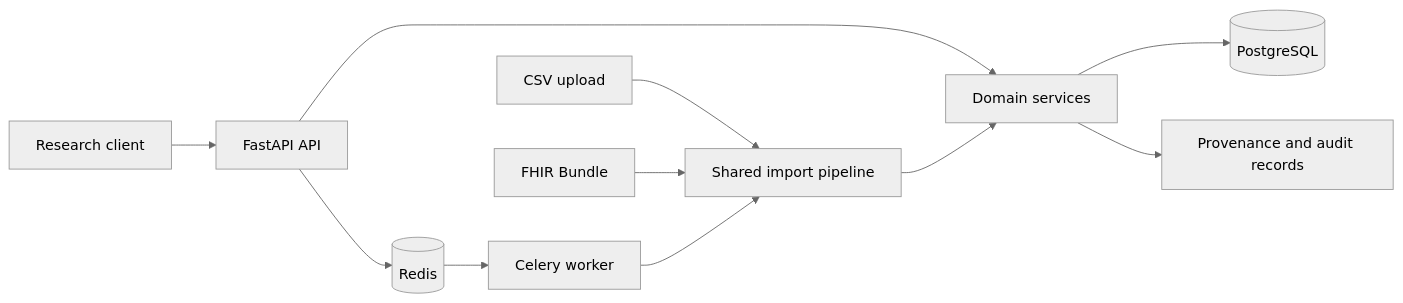
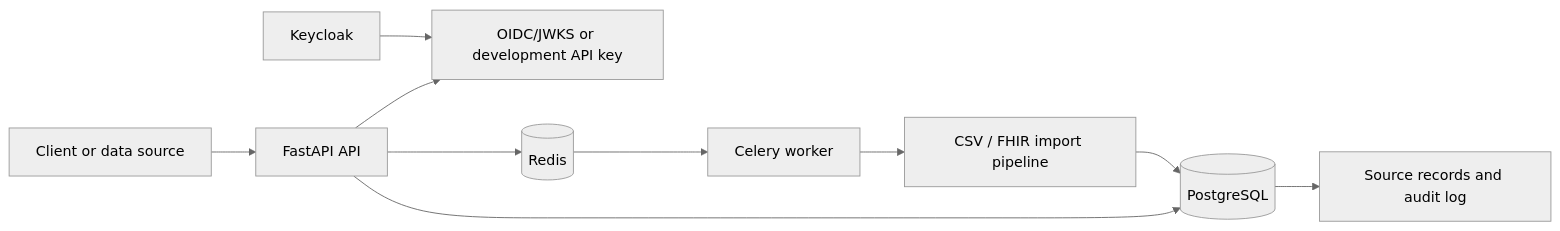
The first of 2 diagrams in README.md (JinyanShao/clinical-data-platform), drawn with Mermaid (neutral theme) before and after one commit. The commit also changed other lines of this file and 38 other files, not shown here.

````diff
--- a/README.md
+++ b/README.md
@@ -61,13 +17,12 @@
 ```mermaid
 flowchart LR
-    Client[Research client] --> API[FastAPI API]
-    CSV[CSV upload] --> Pipeline[Shared import pipeline]
-    FHIR[FHIR Bundle] --> Pipeline
-    API --> Services[Domain services]
-    API --> Redis[(Redis)]
-    Redis --> Worker[Celery worker]
-    Worker --> Pipeline
-    Pipeline --> Services
-    Services --> DB[(PostgreSQL)]
-    Services --> Audit[Provenance and audit records]
+    Client["Client or data source"] --> API["FastAPI API"]
+    API --> Auth["OIDC/JWKS or development API key"]
+    API --> DB[("PostgreSQL")]
+    API --> Queue[("Redis")]
+    Queue --> Worker["Celery worker"]
+    Worker --> Import["CSV / FHIR import pipeline"]
+    Import --> DB
+    DB --> Provenance["Source records and audit log"]
+    Keycloak["Keycloak"] --> Auth
 ```
````
